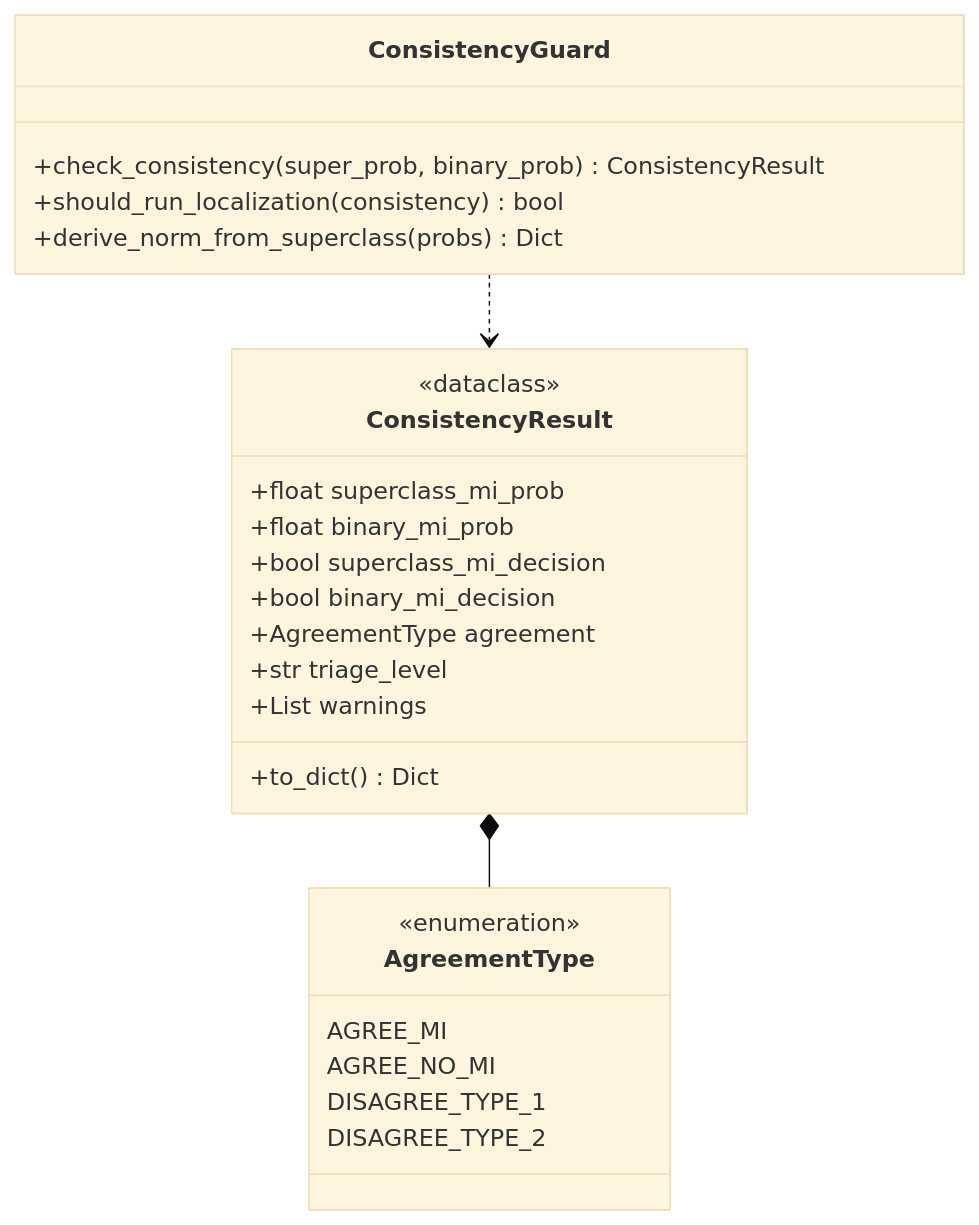
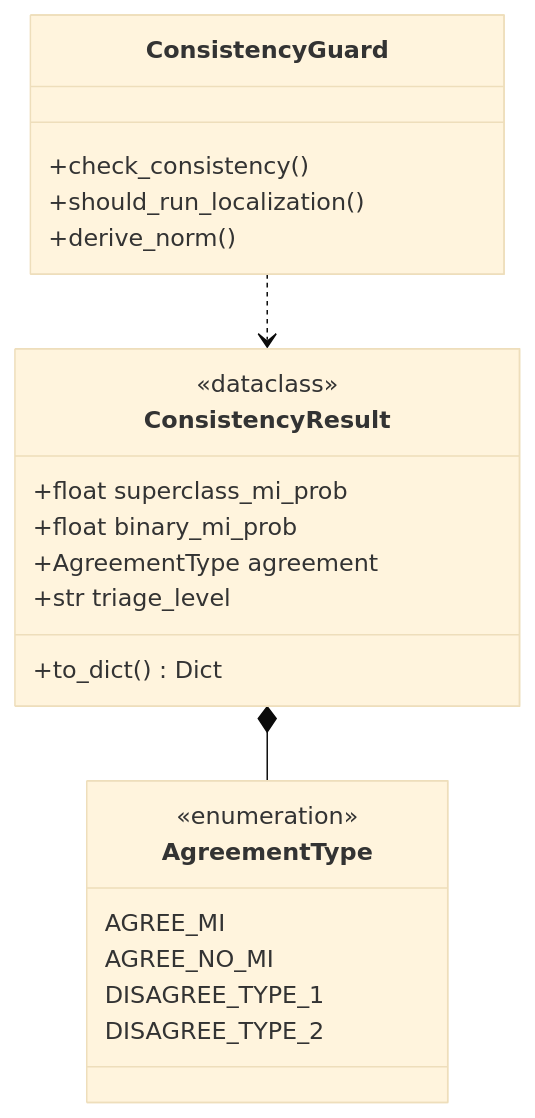
One commit to mUsaulug/CardioGuard-AI changed the fourth of 7 diagrams in docs/diagrams/03_class_diagram.md. Above: the diagram before and after it, drawn with Mermaid (base theme). The commit also changed other lines of this file and 5 other files, not shown here.

````diff
--- a/docs/diagrams/03_class_diagram.md
+++ b/docs/diagrams/03_class_diagram.md
@@ -154,33 +180,28 @@
 ```mermaid
 classDiagram
-    direction TB
-    
     class AgreementType {
         <<enumeration>>
         AGREE_MI
         AGREE_NO_MI
         DISAGREE_TYPE_1
         DISAGREE_TYPE_2
     }
     
     class ConsistencyResult {
         <<dataclass>>
         +float superclass_mi_prob
         +float binary_mi_prob
-        +bool superclass_mi_decision
-        +bool binary_mi_decision
         +AgreementType agreement
         +str triage_level
-        +List warnings
         +to_dict() Dict
     }
     
     class ConsistencyGuard {
-        +check_consistency(super_prob, binary_prob) ConsistencyResult
-        +should_run_localization(consistency) bool
-        +derive_norm_from_superclass(probs) Dict
+        +check_consistency()
+        +should_run_localization()
+        +derive_norm()
     }
     
     ConsistencyResult *-- AgreementType
     ConsistencyGuard ..> ConsistencyResult
 ```
````
